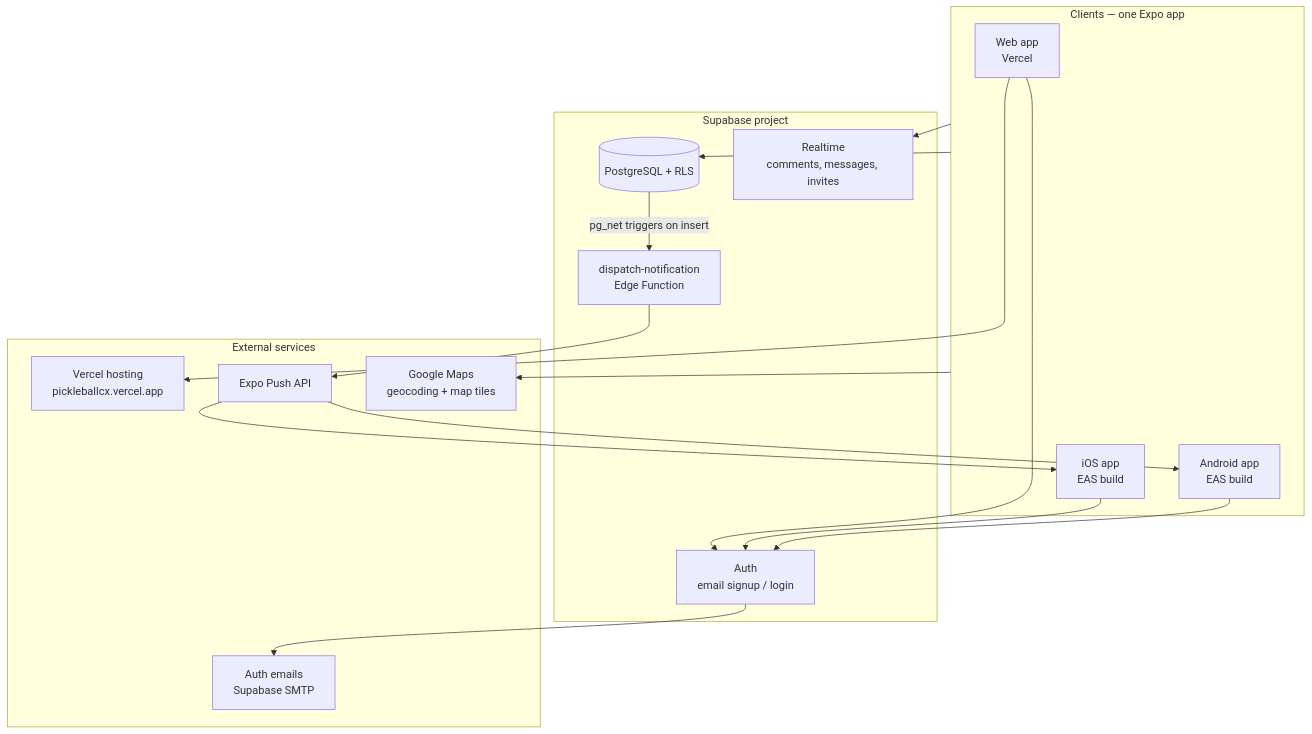
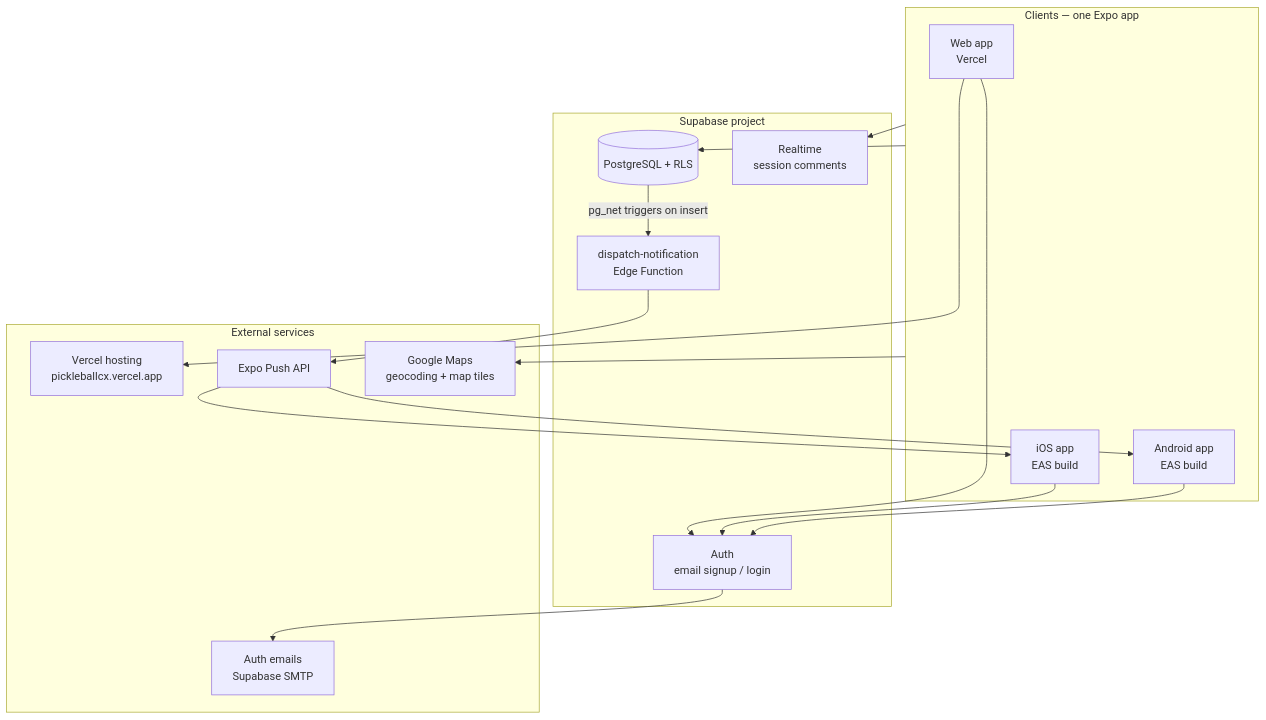
One commit to yunx14/PickleballCX changed the first of 5 diagrams in docs/ARCHITECTURE.md. Above: the diagram before and after it, drawn with Mermaid. The commit also changed other lines of this file and 61 other files, not shown here.

````diff
--- a/docs/ARCHITECTURE.md
+++ b/docs/ARCHITECTURE.md
@@ -13,37 +13,37 @@
 ```mermaid
 flowchart TB
   subgraph clients [Clients — one Expo app]
     Web[Web app<br/>Vercel]
     iOS[iOS app<br/>EAS build]
     Android[Android app<br/>EAS build]
   end
 
   subgraph supabase [Supabase project]
     Auth[Auth<br/>email signup / login]
     DB[(PostgreSQL + RLS)]
-    Realtime[Realtime<br/>comments, messages, invites]
+    Realtime[Realtime<br/>session comments]
     EdgeFn[dispatch-notification<br/>Edge Function]
   end
 
   subgraph external [External services]
     Vercel[Vercel hosting<br/>pickleballcx.vercel.app]
     ExpoPush[Expo Push API]
     GoogleMaps[Google Maps<br/>geocoding + map tiles]
     Email[Auth emails<br/>Supabase SMTP]
   end
 
   Web --> Vercel
   Web --> Auth
   iOS --> Auth
   Android --> Auth
 
   clients --> DB
   clients --> Realtime
   clients --> GoogleMaps
 
   Auth --> Email
   DB -->|pg_net triggers on insert| EdgeFn
   EdgeFn --> ExpoPush
   ExpoPush --> iOS
   ExpoPush --> Android
 ```
````
